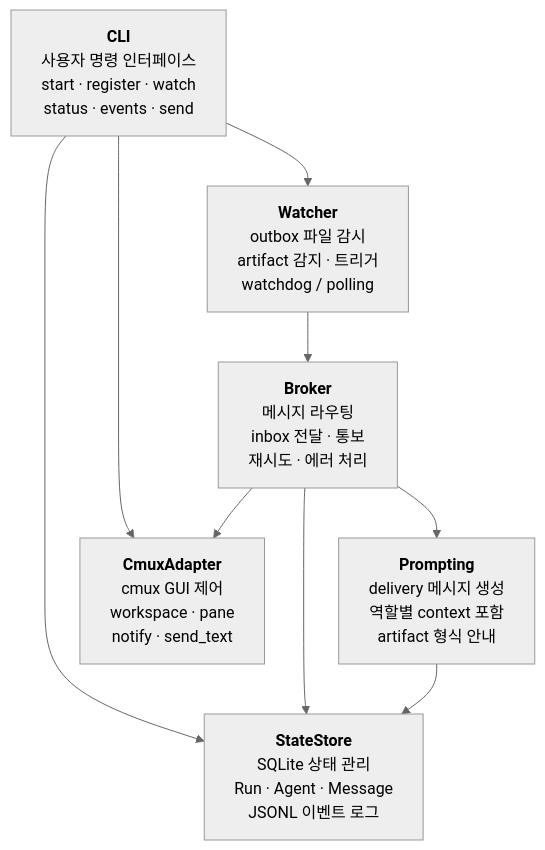
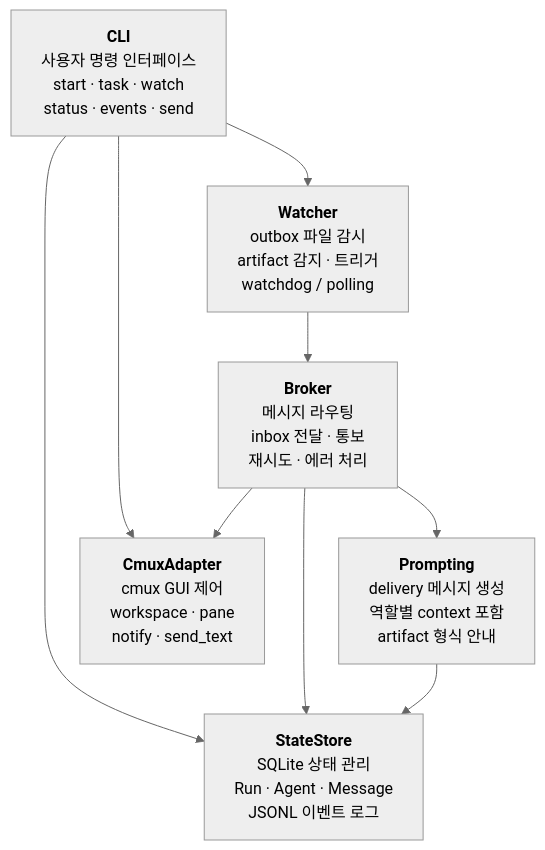
Before and after one commit to ttalkkag/cmux-agent: the third of 11 diagrams in docs/00-overview.md, drawn with Mermaid (neutral theme). The commit also changed other lines of this file and 5 other files, not shown here.

````diff
--- a/docs/00-overview.md
+++ b/docs/00-overview.md
@@ -106,18 +100,18 @@
 ```mermaid
 graph TD
-    CLI["<b>CLI</b><br/>사용자 명령 인터페이스<br/>start · register · watch<br/>status · events · send"]
+    CLI["<b>CLI</b><br/>사용자 명령 인터페이스<br/>start · task · watch<br/>status · events · send"]
     WATCH["<b>Watcher</b><br/>outbox 파일 감시<br/>artifact 감지 · 트리거<br/>watchdog / polling"]
     BROKER["<b>Broker</b><br/>메시지 라우팅<br/>inbox 전달 · 통보<br/>재시도 · 에러 처리"]
     PROMPT["<b>Prompting</b><br/>delivery 메시지 생성<br/>역할별 context 포함<br/>artifact 형식 안내"]
     CMUX["<b>CmuxAdapter</b><br/>cmux GUI 제어<br/>workspace · pane<br/>notify · send_text"]
     STORE["<b>StateStore</b><br/>SQLite 상태 관리<br/>Run · Agent · Message<br/>JSONL 이벤트 로그"]
 
     CLI --> STORE
     CLI --> CMUX
     CLI --> WATCH
     WATCH --> BROKER
     BROKER --> STORE
     BROKER --> CMUX
     BROKER --> PROMPT
     PROMPT --> STORE
 ```
````
